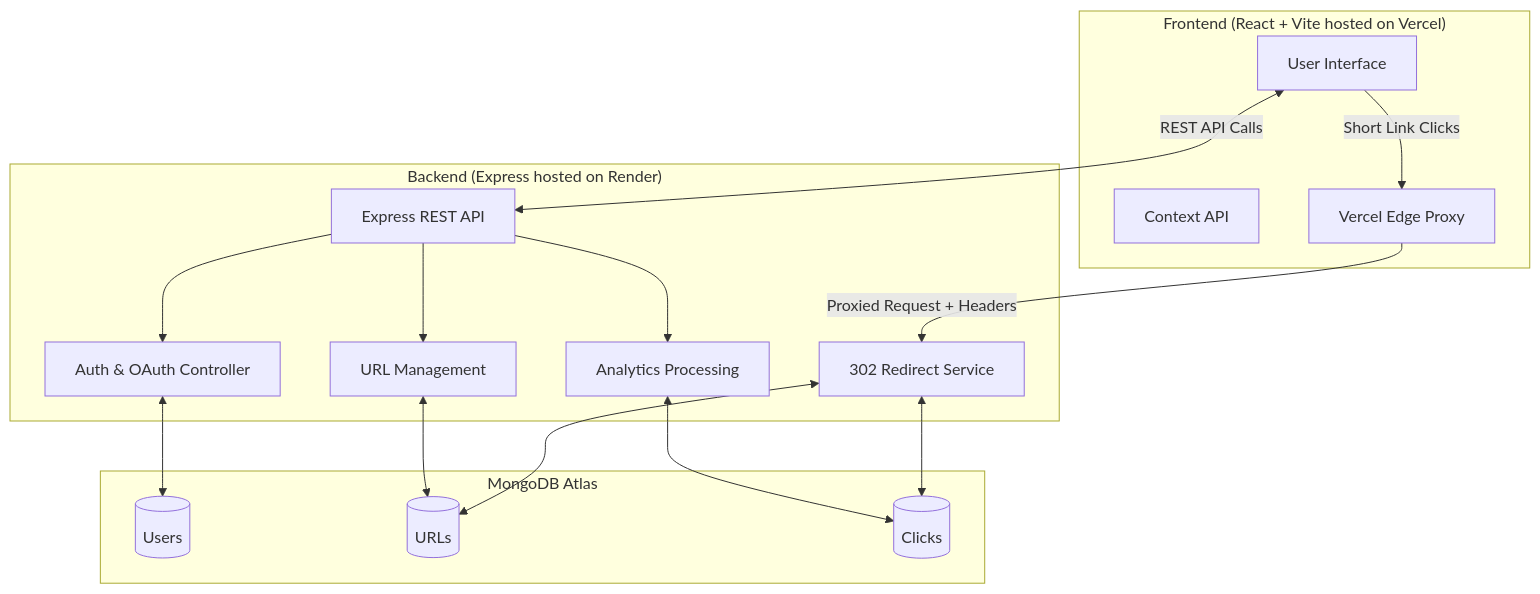
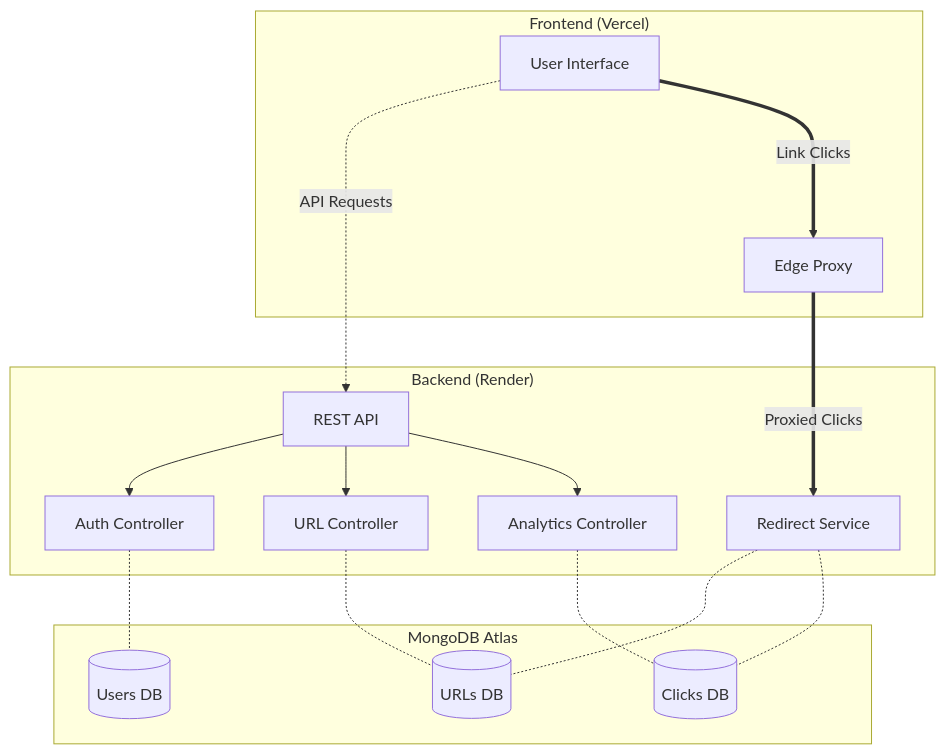
Before and after one commit to SPViswanath/Url-Shortener: the diagram in README.md, drawn with Mermaid. The commit also changed other lines of this file and 3 other files, not shown here.

````diff
--- a/README.md
+++ b/README.md
@@ -106,40 +105,38 @@
 ```mermaid
 graph TD
-    %% Frontend Layer
-    subgraph Frontend ["Frontend (React + Vite hosted on Vercel)"]
+    subgraph Frontend ["Frontend (Vercel)"]
         UI["User Interface"]
-        State["Context API"]
-        VercelProxy["Vercel Edge Proxy"]
+        VercelProxy["Edge Proxy"]
     end
 
-    %% Backend Layer
-    subgraph Backend ["Backend (Express hosted on Render)"]
-        API["Express REST API"]
-        Auth["Auth & OAuth Controller"]
-        URLCtrl["URL Management"]
-        AnalyticsCtrl["Analytics Processing"]
-        Redirect["302 Redirect Service"]
+    subgraph Backend ["Backend (Render)"]
+        API["REST API"]
+        Redirect["Redirect Service"]
+        Auth["Auth Controller"]
+        URLCtrl["URL Controller"]
+        AnalyticsCtrl["Analytics Controller"]
     end
 
-    %% Database Layer
     subgraph Database ["MongoDB Atlas"]
-        UsersDB[("Users")]
-        UrlsDB[("URLs")]
-        ClicksDB[("Clicks")]
+        UsersDB[("Users DB")]
+        UrlsDB[("URLs DB")]
+        ClicksDB[("Clicks DB")]
     end
 
-    %% Flow
-    UI <--> |"REST API Calls"| API
-    UI --> |"Short Link Clicks"| VercelProxy
-    VercelProxy --> |"Proxied Request + Headers"| Redirect
+    %% User Interactions
+    UI -.-> |"API Requests"| API
+    UI ===> |"Link Clicks"| VercelProxy
+    VercelProxy ===> |"Proxied Clicks"| Redirect
     
+    %% Internal Logic
     API --> Auth
     API --> URLCtrl
     API --> AnalyticsCtrl
 
-    Auth <--> UsersDB
-    URLCtrl <--> UrlsDB
-    AnalyticsCtrl <--> ClicksDB
-    Redirect <--> UrlsDB
-    Redirect <--> ClicksDB
+    %% Database Connections
+    Auth -.- UsersDB
+    URLCtrl -.- UrlsDB
+    AnalyticsCtrl -.- ClicksDB
+    Redirect -.- UrlsDB
+    Redirect -.- ClicksDB
 ```
````
